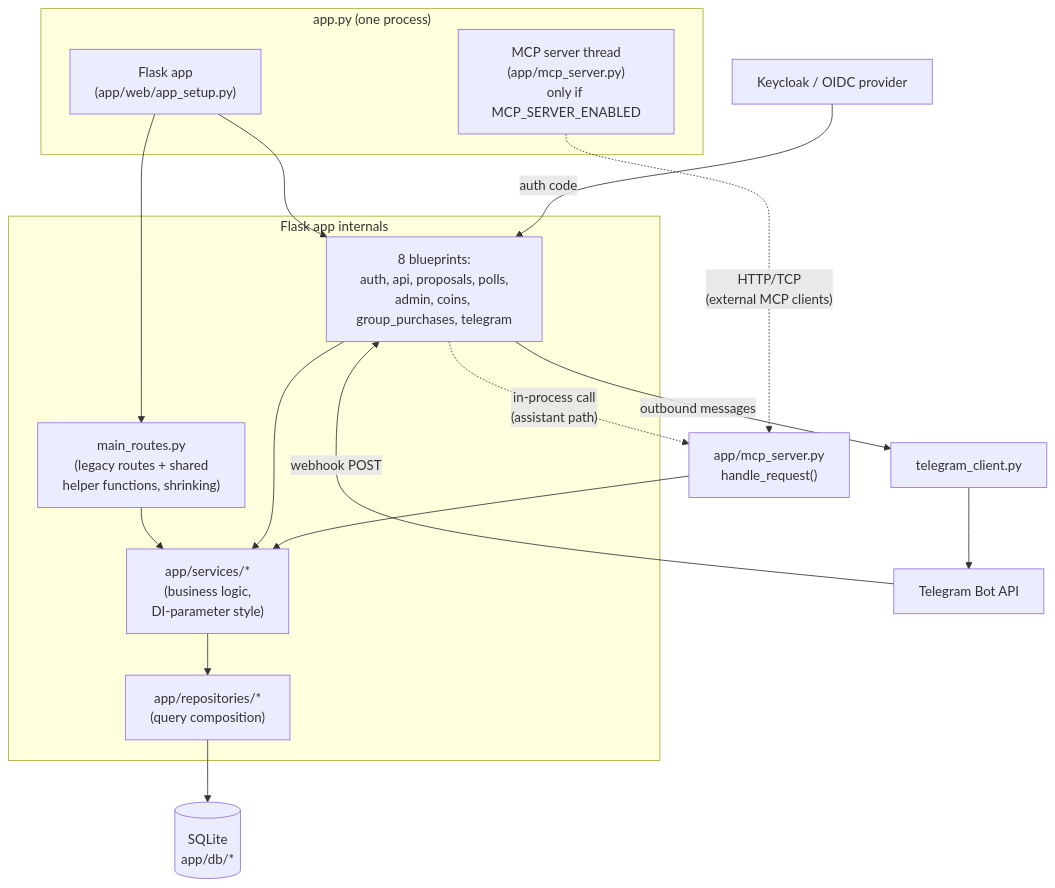
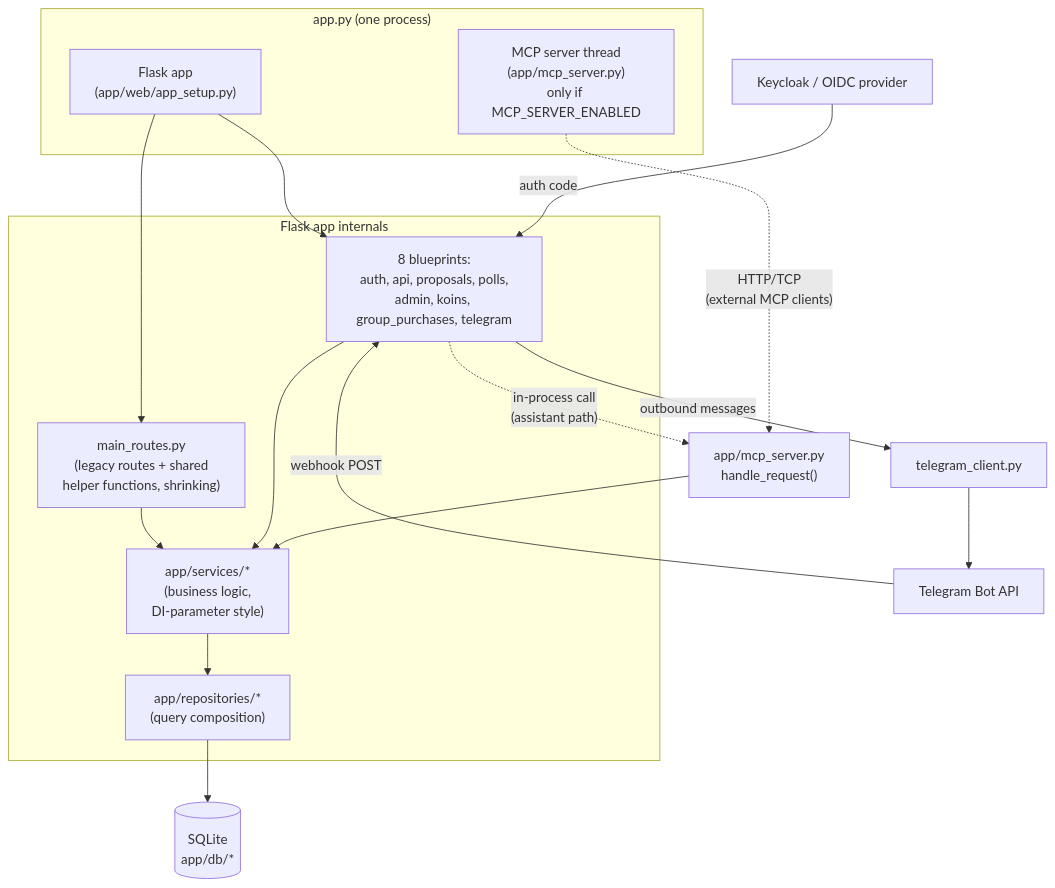
The first of 8 diagrams in docs/DIAGRAMS.md (makespacemadrid/manavote), drawn with Mermaid before and after one commit. The commit also changed other lines of this file and 23 other files, not shown here.

Commit message:
Rename coins feature to koins

````diff
--- a/docs/DIAGRAMS.md
+++ b/docs/DIAGRAMS.md
@@ -29,31 +29,31 @@
 ```mermaid
 flowchart TB
     subgraph proc["app.py (one process)"]
         flask["Flask app\n(app/web/app_setup.py)"]
         mcpthread["MCP server thread\n(app/mcp_server.py)\nonly if MCP_SERVER_ENABLED"]
     end
 
     subgraph flaskapp["Flask app internals"]
         legacy["main_routes.py\n(legacy routes + shared\nhelper functions, shrinking)"]
-        bps["8 blueprints:\nauth, api, proposals, polls,\nadmin, coins, group_purchases, telegram"]
+        bps["8 blueprints:\nauth, api, proposals, polls,\nadmin, koins, group_purchases, telegram"]
         services["app/services/*\n(business logic,\nDI-parameter style)"]
         repos["app/repositories/*\n(query composition)"]
     end
 
     flask --> legacy
     flask --> bps
     legacy --> services
     bps --> services
     services --> repos
     repos --> db[("SQLite\napp/db/*")]
 
     telegram_api["Telegram Bot API"] -- webhook POST --> bps
     bps -- outbound messages --> telegram_client["telegram_client.py"]
     telegram_client --> telegram_api
 
     bps -. "in-process call\n(assistant path)" .-> mcpserver["app/mcp_server.py\nhandle_request()"]
     mcpthread -. "HTTP/TCP\n(external MCP clients)" .-> mcpserver
     mcpserver --> services
 
     oidc["Keycloak / OIDC provider"] -- auth code --> bps
 ```
````
